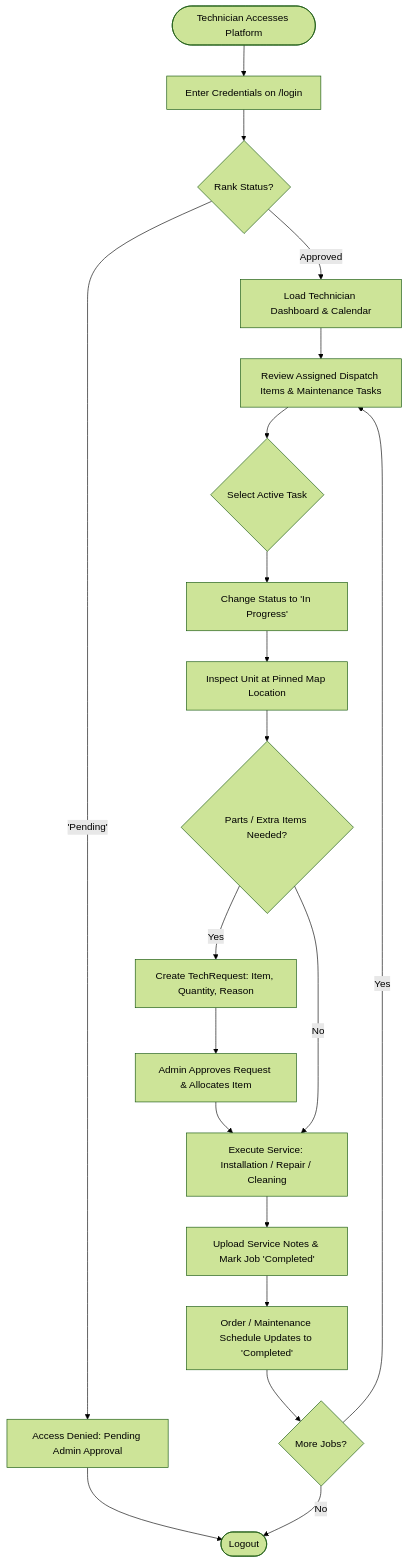
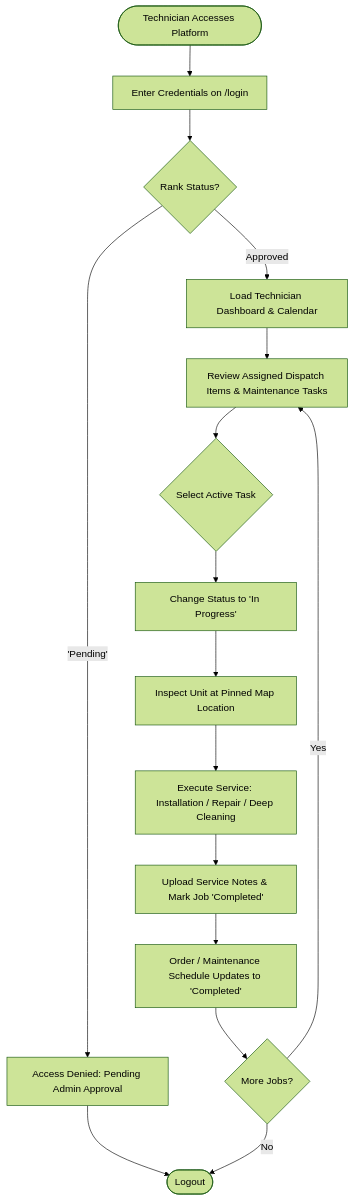
The fourth of 8 diagrams in DIAGRAMS.md (Cerberus770/FrostTech), drawn with Mermaid (forest theme) before and after one commit. The commit also changed other lines of this file and 1 other file, not shown here.

Commit message:
docs: remove TechRequest and align all inventory descriptions to 100% Brand New units

````diff
--- a/DIAGRAMS.md
+++ b/DIAGRAMS.md
@@ -158,26 +162,22 @@
 ```mermaid
 flowchart TD
     Start([Technician Accesses Platform]) --> TechLogin[Enter Credentials on /login]
     TechLogin --> ApprovalCheck{Rank Status?}
     ApprovalCheck -- 'Pending' --> Blocked[Access Denied: Pending Admin Approval]
     Blocked --> End([Logout])
 
     ApprovalCheck -- Approved --> Dashboard[Load Technician Dashboard & Calendar]
     Dashboard --> ViewJobs[Review Assigned Dispatch Items & Maintenance Tasks]
 
     ViewJobs --> JobSelect{Select Active Task}
     JobSelect --> StartJob[Change Status to 'In Progress']
     StartJob --> Inspect[Inspect Unit at Pinned Map Location]
 
-    Inspect --> NeedsParts{Parts / Extra Items Needed?}
-    NeedsParts -- Yes --> SubmitRequest[Create TechRequest: Item, Quantity, Reason]
-    SubmitRequest --> WaitAdmin[Admin Approves Request & Allocates Item]
-    WaitAdmin --> CompleteWork[Execute Service: Installation / Repair / Cleaning]
-    NeedsParts -- No --> CompleteWork
+    Inspect --> CompleteWork[Execute Service: Installation / Repair / Deep Cleaning]
 
     CompleteWork --> UpdateJob[Upload Service Notes & Mark Job 'Completed']
     UpdateJob --> SyncStatus[Order / Maintenance Schedule Updates to 'Completed']
     SyncStatus --> NextJob{More Jobs?}
     NextJob -- Yes --> ViewJobs
     NextJob -- No --> End
 ```
````
